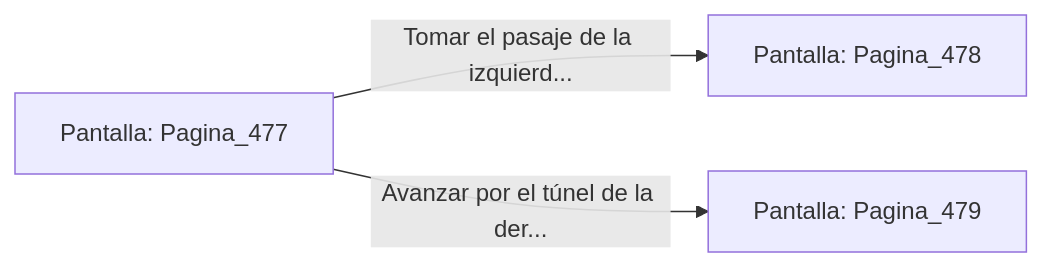
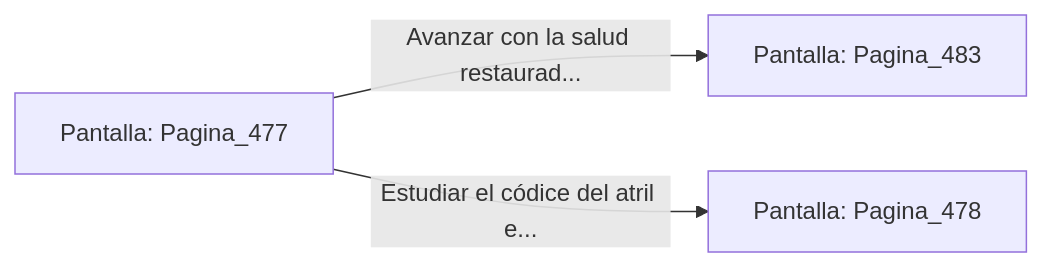
Before and after one commit to metsuke/mpl: the diagram in sample/eligejuego-vault/Pantalla_Pagina_477.md, drawn with Mermaid. The commit also changed other lines of this file and 635 other files, not shown here.

First line of the commit message:
fix: añadir Pagina_1 como pantalla inicial en capitulo_01.mpl

````diff
--- a/sample/eligejuego-vault/Pantalla_Pagina_477.md
+++ b/sample/eligejuego-vault/Pantalla_Pagina_477.md
@@ -20,6 +24,6 @@
 ```mermaid
 graph LR
     P_Pagina_477["Pantalla: Pagina_477"]
-    P_Pagina_477 -->|"Tomar el pasaje de la izquierd..."| P_Pagina_478["Pantalla: Pagina_478"]
-    P_Pagina_477 -->|"Avanzar por el túnel de la der..."| P_Pagina_479["Pantalla: Pagina_479"]
+    P_Pagina_477 -->|"Avanzar con la salud restaurad..."| P_Pagina_483["Pantalla: Pagina_483"]
+    P_Pagina_477 -->|"Estudiar el códice del atril e..."| P_Pagina_478["Pantalla: Pagina_478"]
 ```
````
